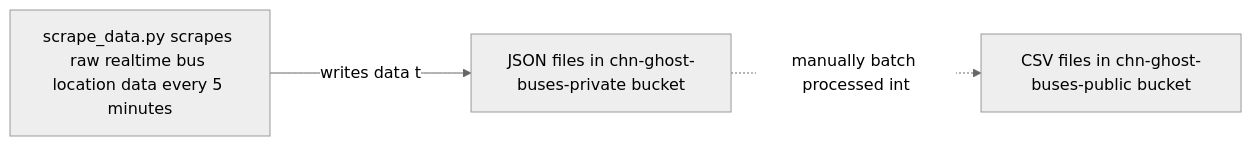
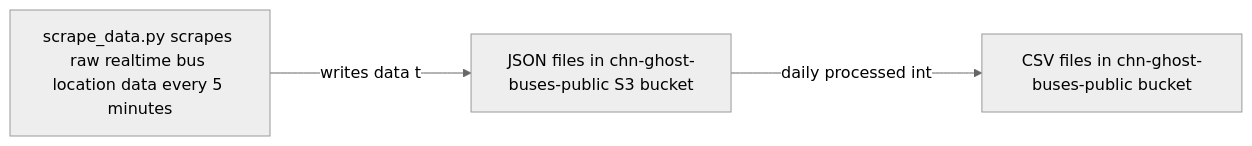
One commit to haileyplusplus/chn-ghost-buses changed the diagram in data_analysis/README.md. Above: the diagram before and after it, drawn with Mermaid (neutral theme). The commit also changed other lines of this file, not shown here.

Commit message:
update data README to be accurate to current conditions

````diff
--- a/data_analysis/README.md
+++ b/data_analysis/README.md
@@ -7,4 +7,4 @@
 ```mermaid
 flowchart LR;
-scraper[scrape_data.py scrapes raw realtime bus location data every 5 minutes] --writes data to--> private[JSON files in chn-ghost-buses-private bucket] -.manually batch processed into.-> public[CSV files in chn-ghost-buses-public bucket]
+scraper[scrape_data.py scrapes raw realtime bus location data every 5 minutes] --writes data to--> s3[JSON files in chn-ghost-buses-public S3 bucket] --daily processed into--> csv[CSV files in chn-ghost-buses-public bucket]
 ```
````
